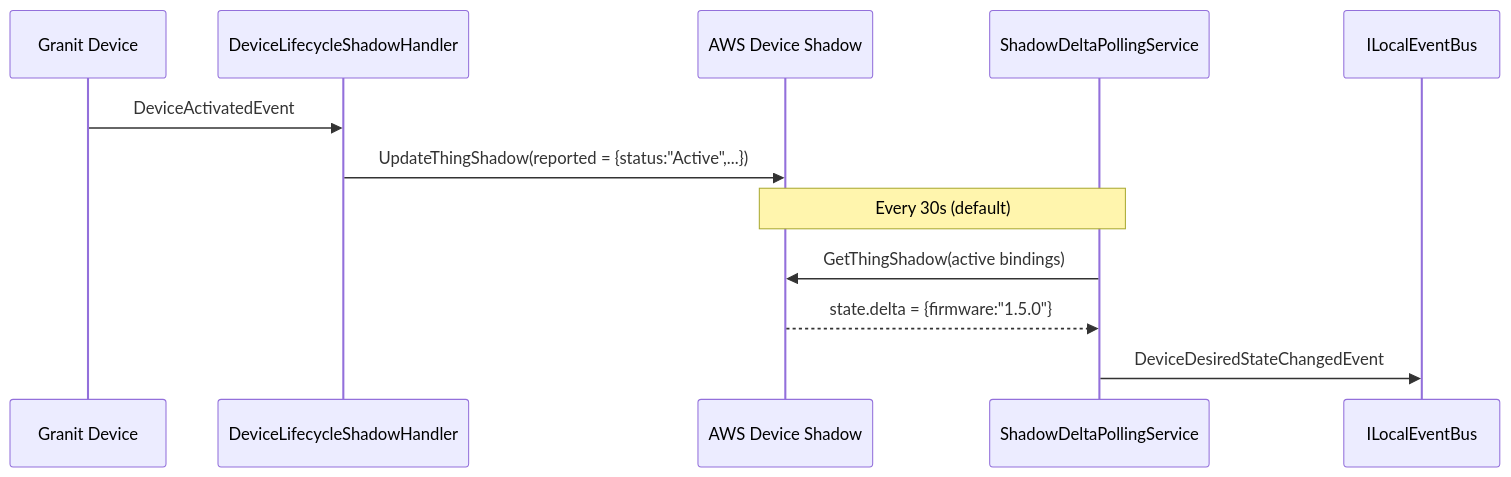
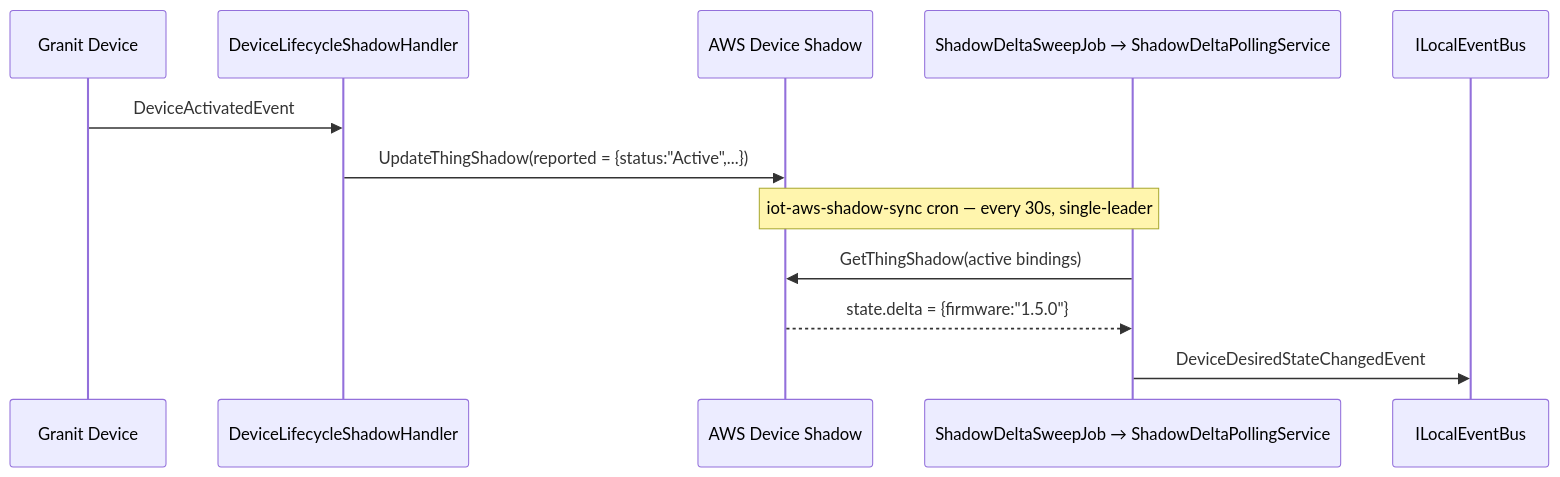
One commit to granit-fx/granit-docs changed the third of 4 diagrams in src/content/docs/dotnet/iot/aws/index.mdx. Above: the diagram before and after it, drawn with Mermaid. The commit also changed other lines of this file and 12 other files, not shown here.

First line of the commit message:
docs(iot): sync IoT reference with live granit-iot source

````diff
--- a/src/content/docs/dotnet/iot/aws/index.mdx
+++ b/src/content/docs/dotnet/iot/aws/index.mdx
@@ -144,15 +144,15 @@
 ```mermaid
 sequenceDiagram
   participant G as Granit Device
   participant H as DeviceLifecycleShadowHandler
   participant AWS as AWS Device Shadow
-  participant S as ShadowDeltaPollingService
+  participant S as ShadowDeltaSweepJob → ShadowDeltaPollingService
   participant E as ILocalEventBus
 
   G->>H: DeviceActivatedEvent
   H->>AWS: UpdateThingShadow(reported = {status:"Active",...})
-  Note over S,AWS: Every 30s (default)
+  Note over S,AWS: iot-aws-shadow-sync cron — every 30s, single-leader
   S->>AWS: GetThingShadow(active bindings)
   AWS-->>S: state.delta = {firmware:"1.5.0"}
   S->>E: DeviceDesiredStateChangedEvent
 ```
````
